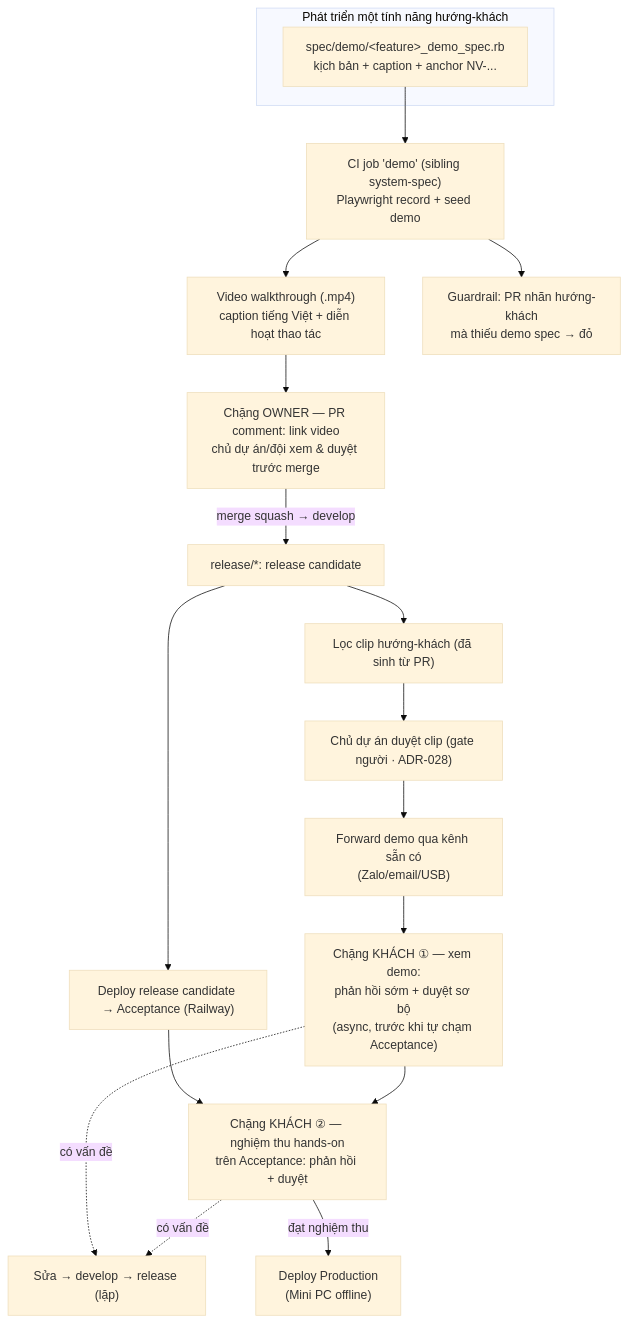
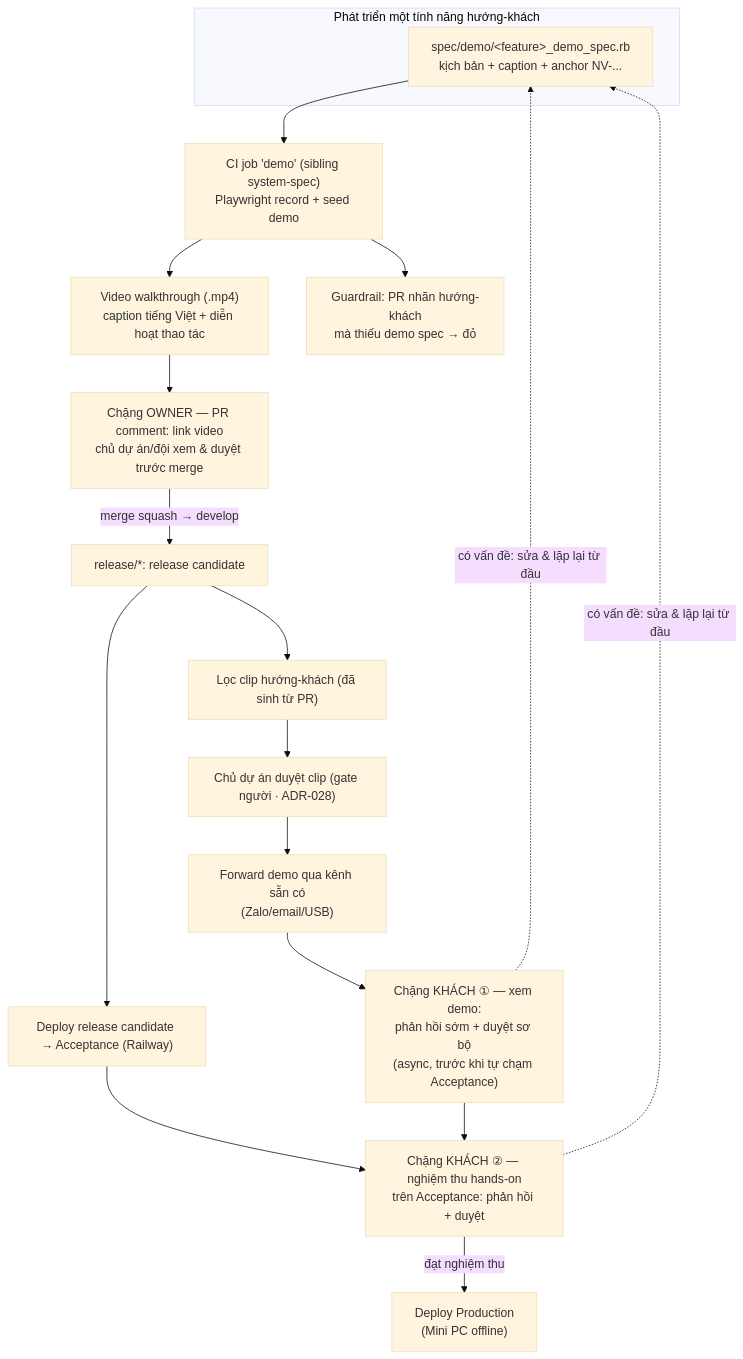
Before and after one commit to manhcuongdtbk/electric-water-management: the diagram in docs/superpowers/specs/2026-06-13-tu-dong-hoa-demo-design.md, drawn with Mermaid (base theme). The commit also changed other lines of this file, not shown here.

First line of the commit message:
docs: loop demo feedback back to pipeline start, not release (v0.1.2)

````diff
--- a/docs/superpowers/specs/2026-06-13-tu-dong-hoa-demo-design.md
+++ b/docs/superpowers/specs/2026-06-13-tu-dong-hoa-demo-design.md
@@ -51,21 +51,21 @@
 ```mermaid
 flowchart TD
   subgraph DEV["Phát triển một tính năng hướng-khách"]
     SPEC["spec/demo/&lt;feature&gt;_demo_spec.rb<br/>kịch bản + caption + anchor NV-..."]
   end
   SPEC --> CI["CI job 'demo' (sibling system-spec)<br/>Playwright record + seed demo"]
   CI --> VID["Video walkthrough (.mp4)<br/>caption tiếng Việt + diễn hoạt thao tác"]
   CI --> GUARD["Guardrail: PR nhãn hướng-khách<br/>mà thiếu demo spec → đỏ"]
   VID --> PRC["Chặng OWNER — PR comment: link video<br/>chủ dự án/đội xem & duyệt trước merge"]
   PRC -->|merge squash → develop| RELCUT["release/*: release candidate"]
   RELCUT --> DEMOSEL["Lọc clip hướng-khách (đã sinh từ PR)"]
   RELCUT --> ACCDEP["Deploy release candidate → Acceptance (Railway)"]
   DEMOSEL --> APPROVE["Chủ dự án duyệt clip (gate người · ADR-028)"]
   APPROVE --> FWD["Forward demo qua kênh sẵn có<br/>(Zalo/email/USB)"]
   FWD --> L1["Chặng KHÁCH ① — xem demo:<br/>phản hồi sớm + duyệt sơ bộ<br/>(async, trước khi tự chạm Acceptance)"]
   ACCDEP --> L2
   L1 --> L2["Chặng KHÁCH ② — nghiệm thu hands-on<br/>trên Acceptance: phản hồi + duyệt"]
-  L1 -. có vấn đề .-> ITER["Sửa → develop → release (lặp)"]
-  L2 -. có vấn đề .-> ITER
+  L1 -. có vấn đề: sửa & lặp lại từ đầu .-> SPEC
+  L2 -. có vấn đề: sửa & lặp lại từ đầu .-> SPEC
   L2 -->|đạt nghiệm thu| PROD["Deploy Production<br/>(Mini PC offline)"]
 ```
````
